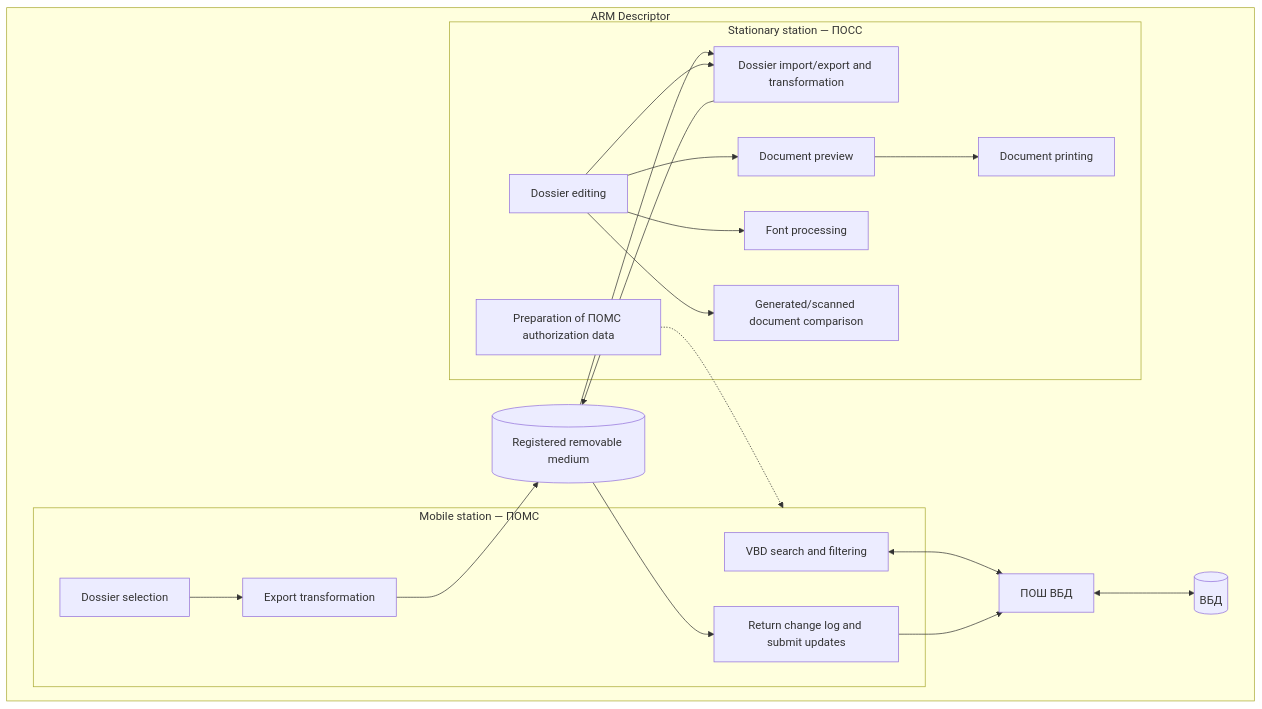
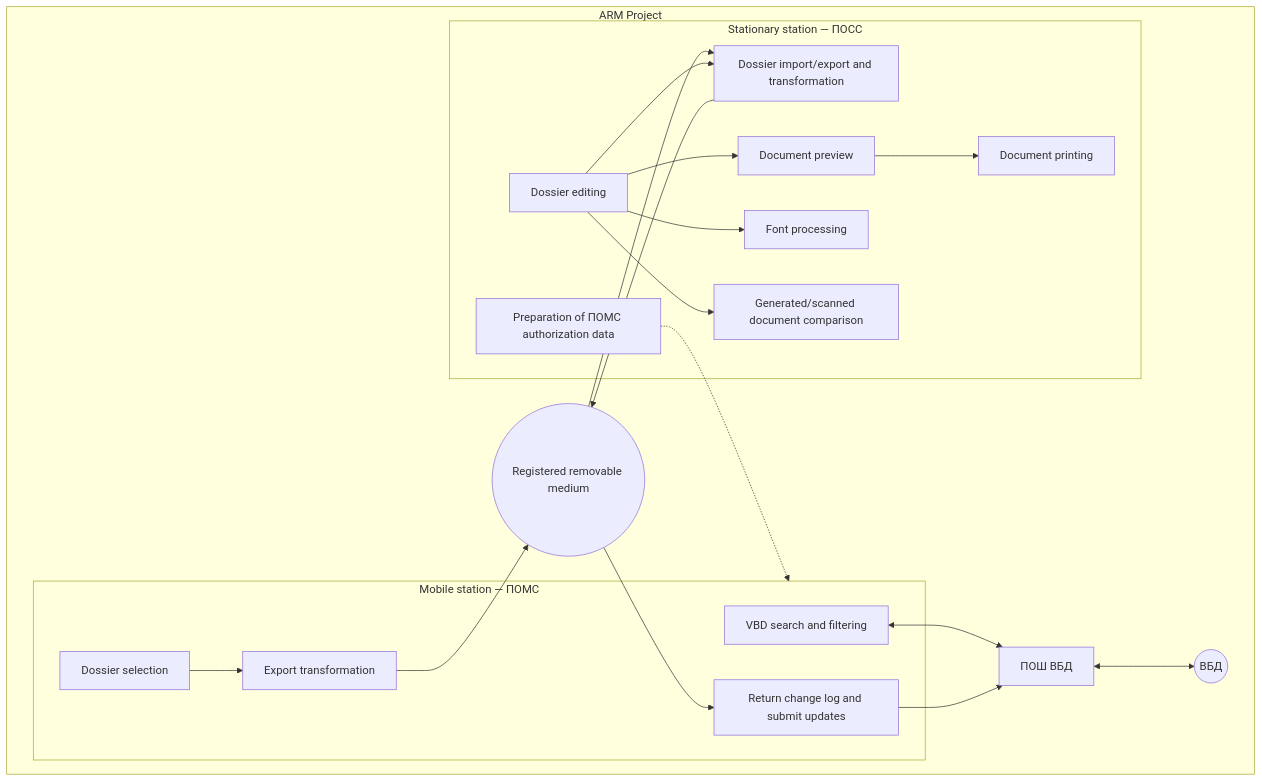
One commit to ekatmoz88-alt/territory-descriptor-unified changed the diagram in specs/docs/09-components-and-workstation-equipment.md. Above: the diagram before and after it, drawn with Mermaid. The commit also changed other lines of this file, not shown here.

````diff
--- a/specs/docs/09-components-and-workstation-equipment.md
+++ b/specs/docs/09-components-and-workstation-equipment.md
@@ -71,32 +74,32 @@
 ```mermaid
 flowchart TB
-  subgraph COMPLEX["ARM Descriptor"]
+  subgraph COMPLEX["ARM Project"]
     subgraph ST["Stationary station — ПОСС"]
       EDIT["Dossier editing"]
       PREVIEW["Document preview"]
       PRINT["Document printing"]
       FONT["Font processing"]
       COMPARE["Generated/scanned document comparison"]
       EXCHANGE["Dossier import/export and transformation"]
       AUTH["Preparation of ПОМС authorization data"]
     end
     subgraph MOB["Mobile station — ПОМС"]
       SEARCH["VBD search and filtering"]
       SELECT["Dossier selection"]
       TRANSFORM["Export transformation"]
       SUBMIT["Return change log and submit updates"]
     end
     GW["ПОШ ВБД"]
-    VBD[("ВБД")]
-    MEDIA[("Registered removable medium")]
+    VBD(("ВБД"))
+    MEDIA(("Registered removable medium"))
     SEARCH <--> GW <--> VBD
     SELECT --> TRANSFORM --> MEDIA
     MEDIA --> EXCHANGE
     EDIT --> PREVIEW --> PRINT
     EDIT --> FONT
     EDIT --> COMPARE
     EDIT --> EXCHANGE
     EXCHANGE --> MEDIA --> SUBMIT --> GW
     AUTH -.-> MOB
   end
 ```
````
